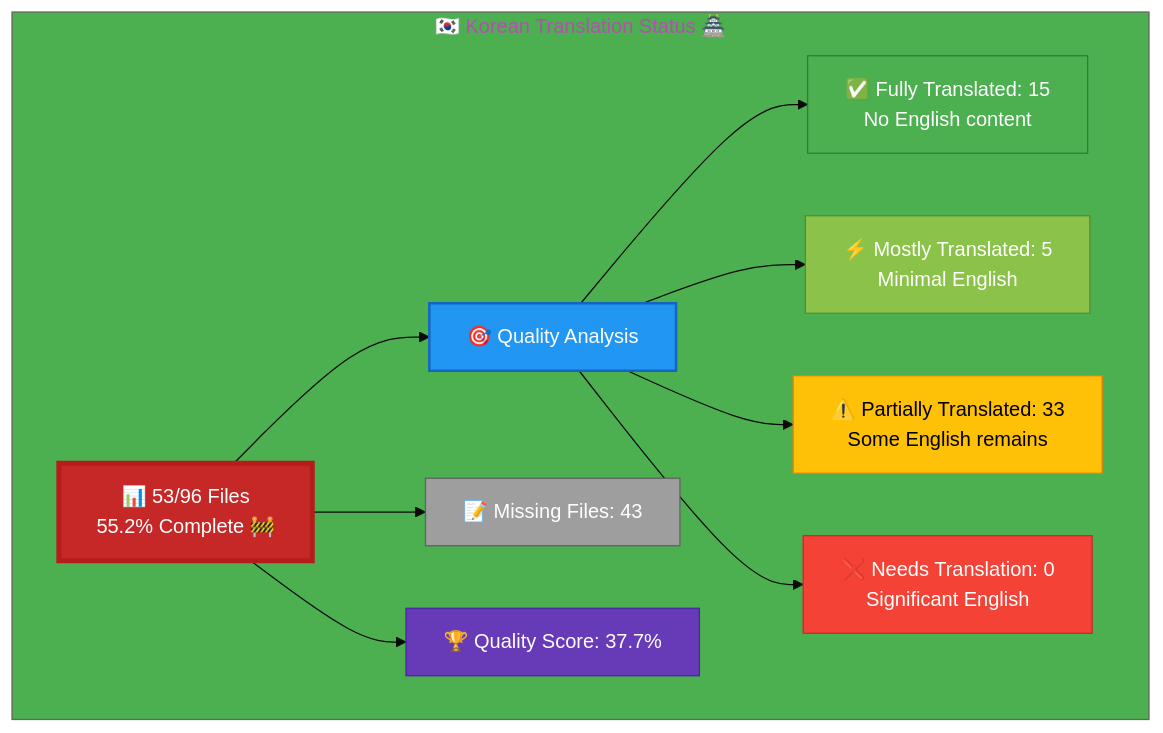
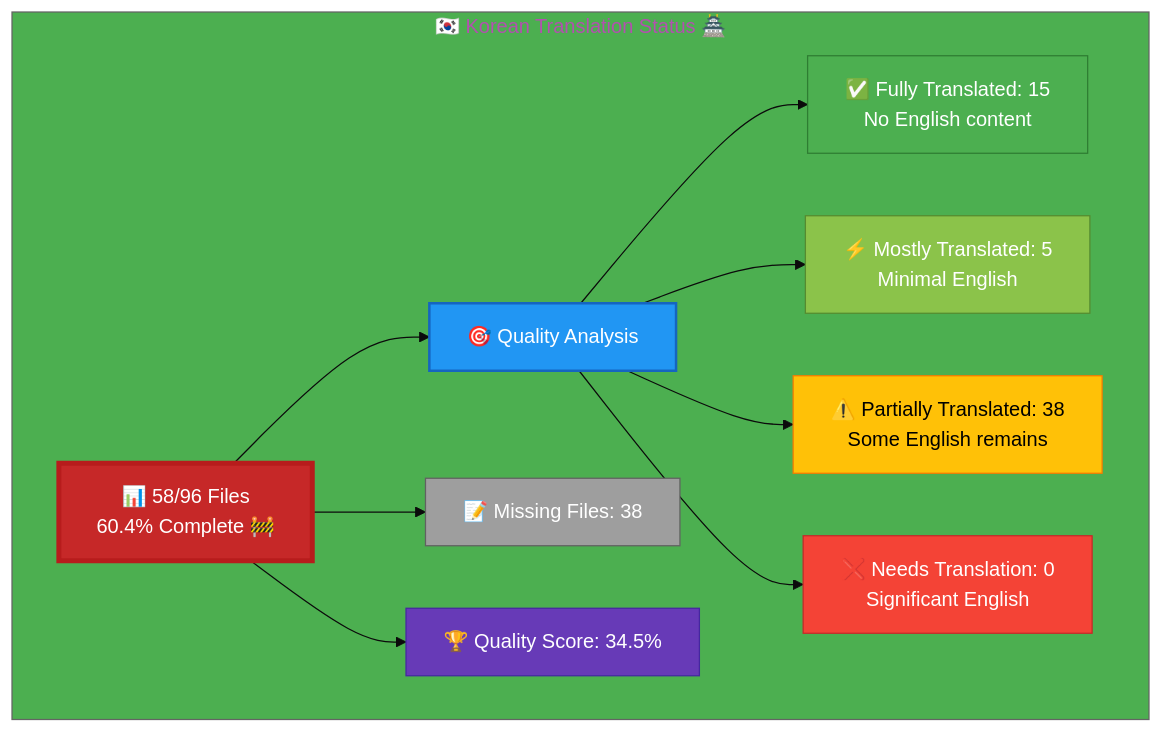
Before and after one commit to Hack23/homepage: the diagram in Korean-Translation-Status.md, drawn with Mermaid. The commit also changed other lines of this file and 2 other files, not shown here.

````diff
--- a/Korean-Translation-Status.md
+++ b/Korean-Translation-Status.md
@@ -12,26 +12,26 @@
 ```mermaid
 %%{init: {'theme':'base', 'themeVariables': {'primaryColor':'#C62828','secondaryColor':'#2196F3','tertiaryColor':'#4CAF50','fontSize':'16px'}}}%%
 graph TB
     subgraph "🇰🇷 Korean Translation Status 🏯"
-        A["📊 53/96 Files<br/>55.2% Complete 🚧"]
+        A["📊 58/96 Files<br/>60.4% Complete 🚧"]
         
         A --> B["🎯 Quality Analysis"]
         B --> C["✅ Fully Translated: 15<br/>No English content"]
         B --> D["⚡ Mostly Translated: 5<br/>Minimal English"]
-        B --> E["⚠️  Partially Translated: 33<br/>Some English remains"]
+        B --> E["⚠️  Partially Translated: 38<br/>Some English remains"]
         B --> F["❌ Needs Translation: 0<br/>Significant English"]
         
-        A --> G["📝 Missing Files: 43"]
+        A --> G["📝 Missing Files: 38"]
         
-        A --> H["🏆 Quality Score: 37.7%"]
+        A --> H["🏆 Quality Score: 34.5%"]
         
         style A fill:#C62828,stroke:#B71C1C,color:#fff,stroke-width:4px
         style B fill:#2196F3,stroke:#1565C0,color:#fff,stroke-width:2px
         style C fill:#4CAF50,stroke:#2E7D32,color:#fff
         style D fill:#8BC34A,stroke:#558B2F,color:#fff
         style E fill:#FFC107,stroke:#F57C00,color:#000
         style F fill:#F44336,stroke:#C62828,color:#fff
         style G fill:#9E9E9E,stroke:#616161,color:#fff
         style H fill:#673AB7,stroke:#4527A0,color:#fff
     end
 ```
````
